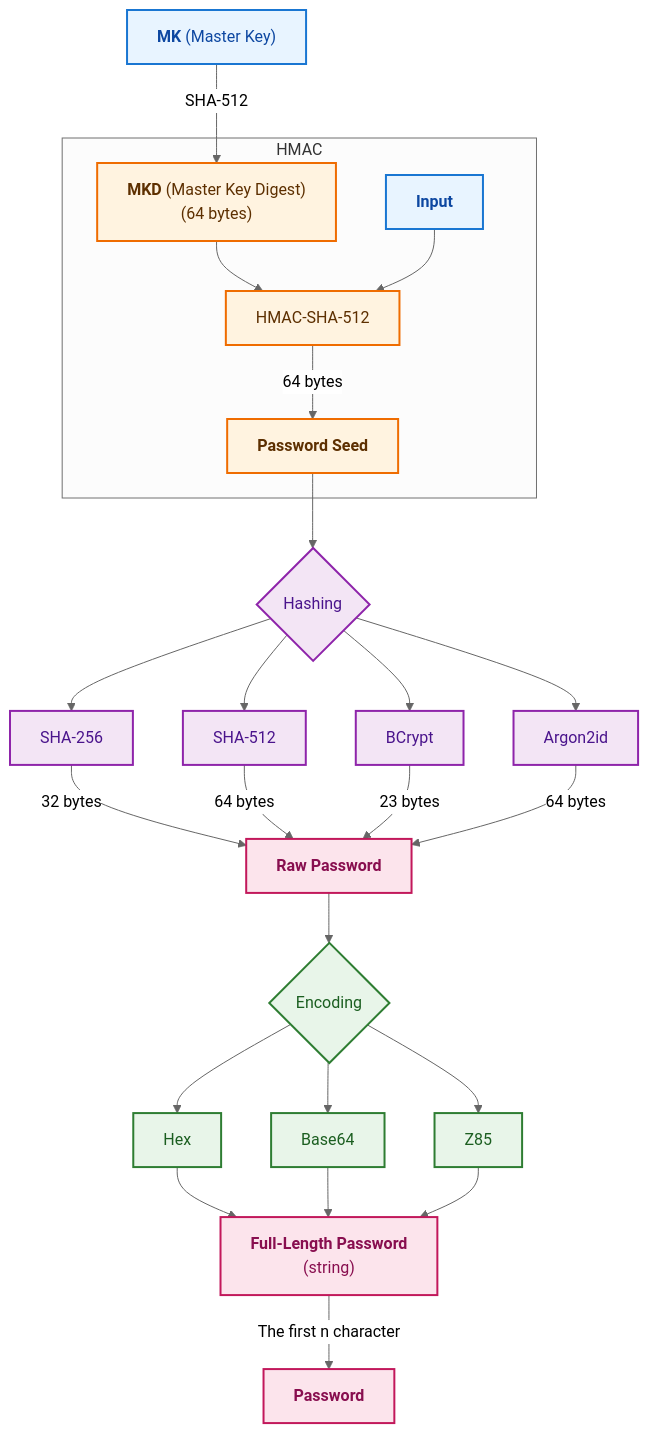
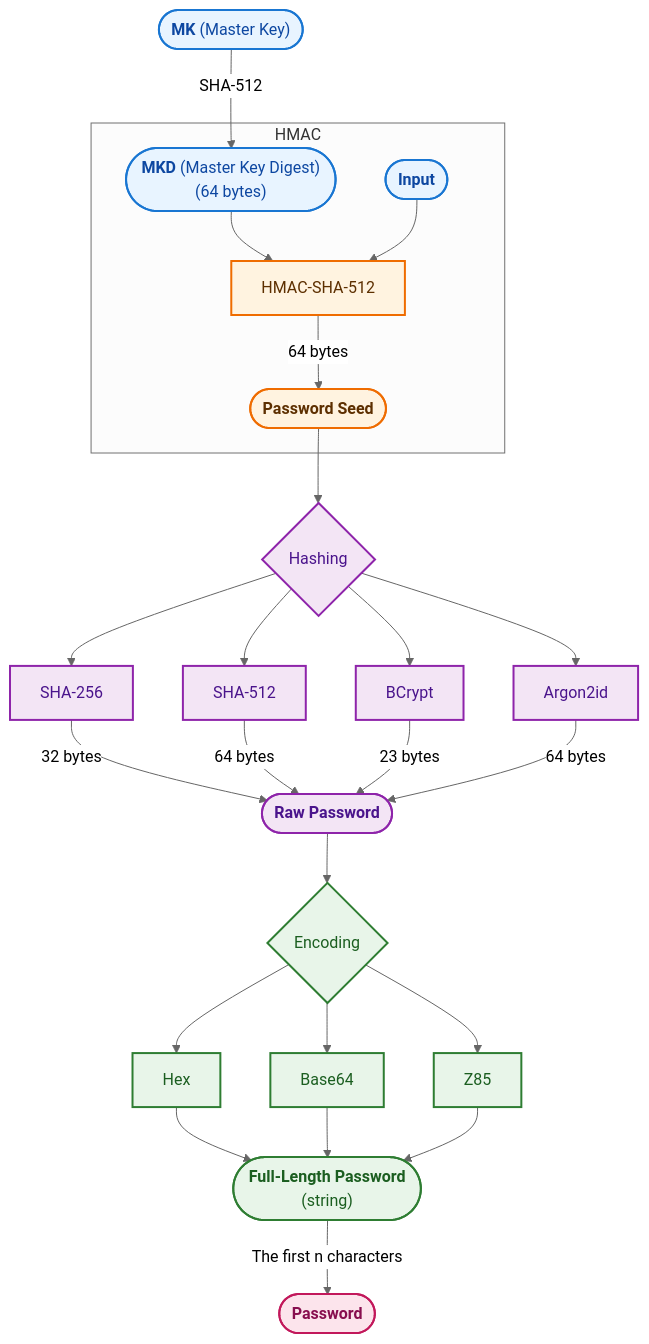
One commit to nasiri97/PassGen changed the diagram in README.md. Above: the diagram before and after it, drawn with Mermaid (neutral theme). The commit also changed 9 other files, not shown here.

````diff
--- a/README.md
+++ b/README.md
@@ -27,68 +27,68 @@
 ```mermaid
 flowchart TD
 %% ─────────────────────────────────────────────
 %% Key Derivation / Authentication
 %% ─────────────────────────────────────────────
 
-    MK["<b>MK</b> (Master Key)"] -->|SHA-512| MKD["<b>MKD</b> (Master Key Digest)<br/>(64 bytes)"]
+    MK(["<b>MK</b> (Master Key)"]) -->|SHA-512| MKD(["<b>MKD</b> (Master Key Digest)<br/>(64 bytes)"])
 
     subgraph HMAC_STAGE["HMAC"]
         MKD --> HMAC["HMAC-SHA-512"]
-        IN["<b>Input</b>"] --> HMAC
+        IN(["<b>Input</b>"]) --> HMAC
 
-        HMAC -->|64 bytes| HASH["<b>Password Seed</b>"]
+        HMAC -->|64 bytes| HASH(["<b>Password Seed</b>"])
     end
 
 
 %% ─────────────────────────────────────────────
 %% Password Hashing / KDF
 %% ─────────────────────────────────────────────
 
     HASH --> ALG{"Hashing"}
 
     ALG --> SHA256["SHA-256"]
     ALG --> SHA512["SHA-512"]
     ALG --> BCRYPT["BCrypt"]
     ALG --> ARGON["Argon2id"]
 
-    SHA256 -->|32 bytes| RAW["<b>Raw Password</b>"]
+    SHA256 -->|32 bytes| RAW(["<b>Raw Password</b>"])
     SHA512 -->|64 bytes| RAW
     BCRYPT -->|23 bytes| RAW
     ARGON -->|64 bytes| RAW
 
 %% ─────────────────────────────────────────────
 %% Encoding
 %% ─────────────────────────────────────────────
 
     RAW --> ENC{"Encoding"}
 
     ENC --> HEX["Hex"]
     ENC --> BASE64["Base64"]
     ENC --> Z85["Z85"]
 
-    HEX --> STR["<b>Full-Length Password</b><br/>(string)"]
+    HEX --> STR(["<b>Full-Length Password</b><br/>(string)"])
     BASE64 --> STR
     Z85 --> STR
 
 %% ─────────────────────────────────────────────
 %% Final Output
 %% ─────────────────────────────────────────────
 
-    STR -->|The first n character| OUT["<b>Password</b>"]
+    STR -->|The first n characters| OUT(["<b>Password</b>"])
 
 %% ─────────────────────────────────────────────
 %% Styling
 %% ─────────────────────────────────────────────
 
     classDef input fill:#e8f4ff,stroke:#1976d2,stroke-width:2px,color:#0d47a1
     classDef crypto fill:#fff3e0,stroke:#ef6c00,stroke-width:2px,color:#5d2f00
     classDef algorithm fill:#f3e5f5,stroke:#8e24aa,stroke-width:2px,color:#4a148c
     classDef encoding fill:#e8f5e9,stroke:#2e7d32,stroke-width:2px,color:#1b5e20
     classDef output fill:#fce4ec,stroke:#c2185b,stroke-width:2px,color:#880e4f
 
-    class MK,IN input
-    class MKD,HMAC,HASH crypto
-    class ALG,SHA256,SHA512,BCRYPT,ARGON algorithm
-    class ENC,HEX,BASE64,Z85 encoding
-    class RAW,STR,OUT output
+    class MK,MKD,IN input
+    class HMAC,HASH crypto
+    class ALG,SHA256,SHA512,BCRYPT,ARGON,RAW algorithm
+    class ENC,HEX,BASE64,Z85,STR encoding
+    class OUT output
 ```
````
